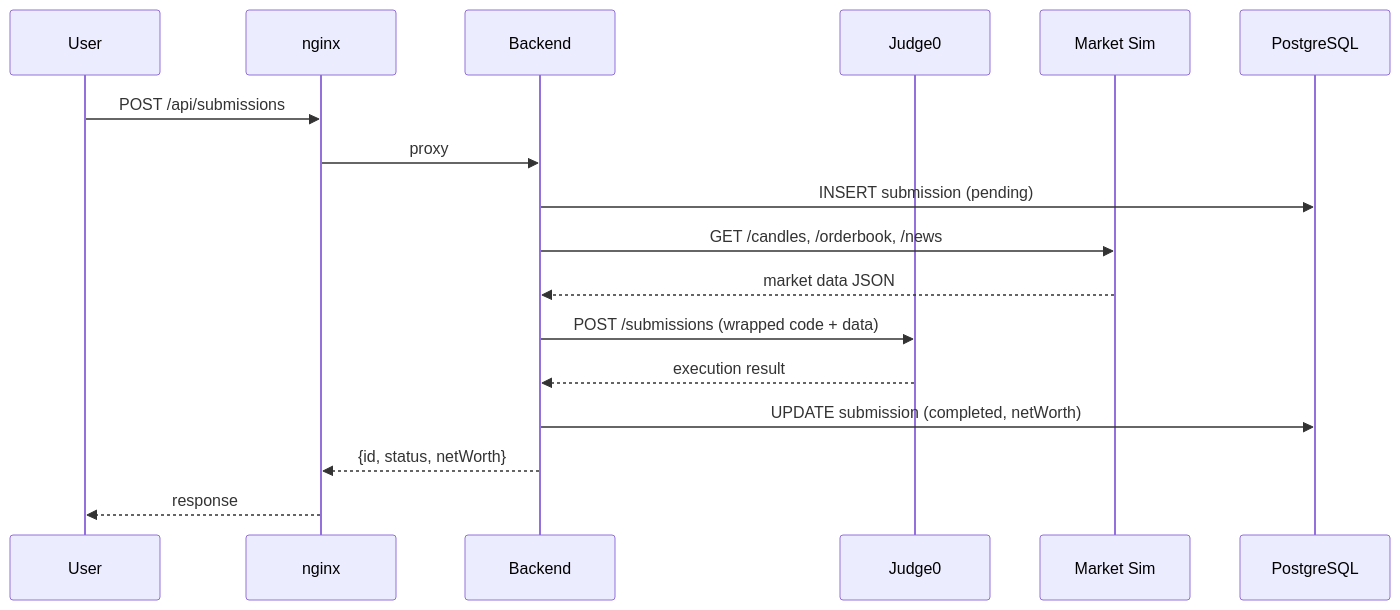
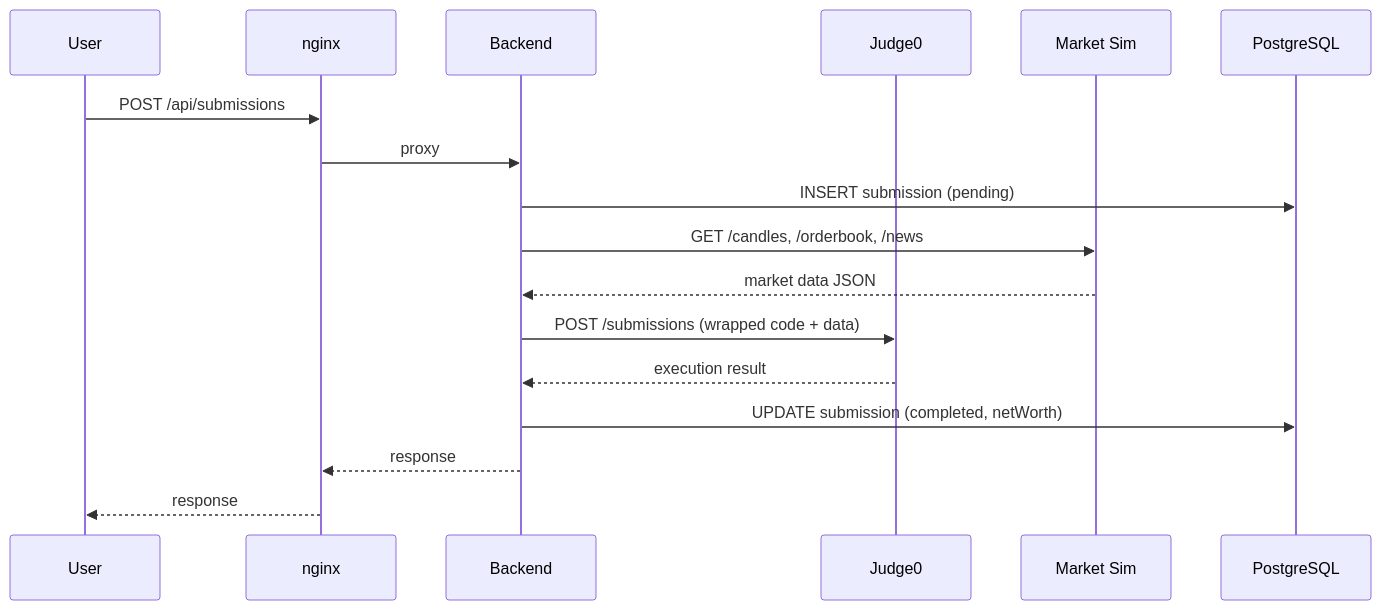
Before and after one commit to ProAltro/stock-market-simulator: the second of 2 diagrams in docs/architecture/overview.md, drawn with Mermaid. The commit also changed other lines of this file and 20 other files, not shown here.

````diff
--- a/docs/architecture/overview.md
+++ b/docs/architecture/overview.md
@@ -75,20 +61,20 @@
 ```mermaid
 sequenceDiagram
     participant U as User
     participant N as nginx
     participant B as Backend
     participant J as Judge0
     participant M as Market Sim
     participant DB as PostgreSQL
 
     U->>N: POST /api/submissions
     N->>B: proxy
     B->>DB: INSERT submission (pending)
     B->>M: GET /candles, /orderbook, /news
     M-->>B: market data JSON
     B->>J: POST /submissions (wrapped code + data)
     J-->>B: execution result
     B->>DB: UPDATE submission (completed, netWorth)
-    B-->>N: {id, status, netWorth}
+    B-->>N: response
     N-->>U: response
 ```
````
